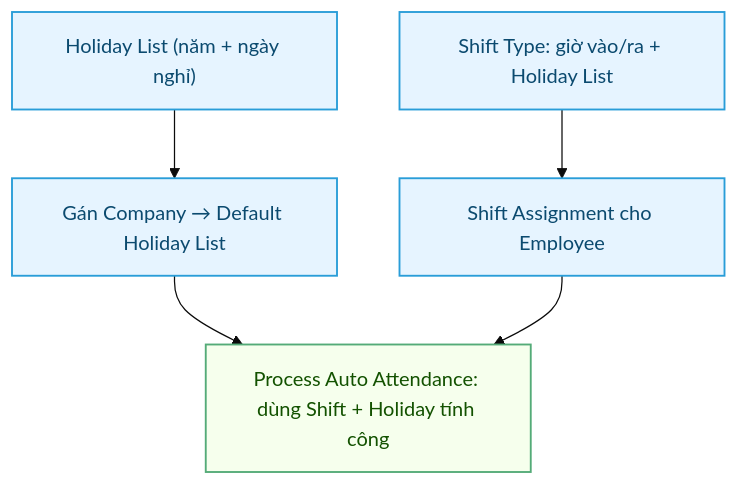
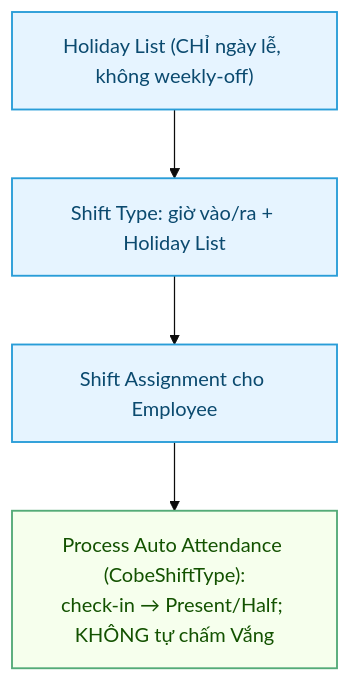
One commit to CobeGroup/cobe_erp_documents changed the diagram in users/HR-Holiday-Shift-Setup.md. Above: the diagram before and after it, drawn with Mermaid. The commit also changed other lines of this file and 2 other files, not shown here.

First line of the commit message:
docs(hr): forward duyệt + chấm công presence-based + seed office location

````diff
--- a/users/HR-Holiday-Shift-Setup.md
+++ b/users/HR-Holiday-Shift-Setup.md
@@ -14,14 +23,13 @@
 ```mermaid
 %%{init: {'theme':'base','themeVariables':{'fontSize':'16px'},'flowchart':{'nodeSpacing':50,'rankSpacing':55}}}%%
 flowchart TD
   classDef process fill:#e6f4ff,stroke:#299dd8,stroke-width:1.5px,color:#0b4a6f;
   classDef good fill:#f6ffed,stroke:#54ab78,stroke-width:1.5px,color:#135200;
 
-  A["Holiday List (năm + ngày nghỉ)"] --> B["Gán Company → Default Holiday List"]
-  C["Shift Type: giờ vào/ra + Holiday List"] --> D["Shift Assignment cho Employee"]
-  B --> E["Process Auto Attendance: dùng Shift + Holiday tính công"]
-  D --> E
+  A["Holiday List (CHỈ ngày lễ, không weekly-off)"] --> C["Shift Type: giờ vào/ra + Holiday List"]
+  C --> D["Shift Assignment cho Employee"]
+  D --> E["Process Auto Attendance (CobeShiftType):<br/>check-in → Present/Half; KHÔNG tự chấm Vắng"]
 
-  class A,B,C,D process
+  class A,C,D process
   class E good
 ```
````
